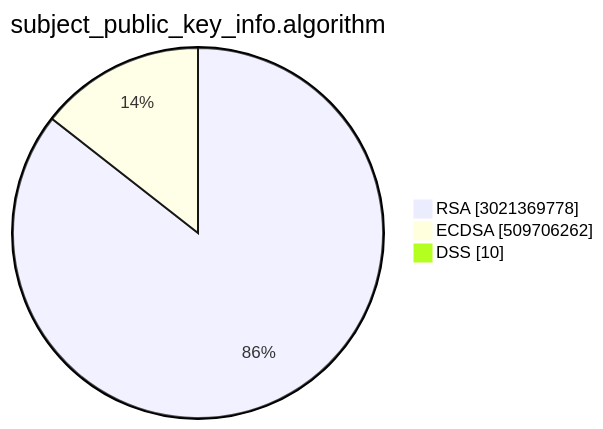
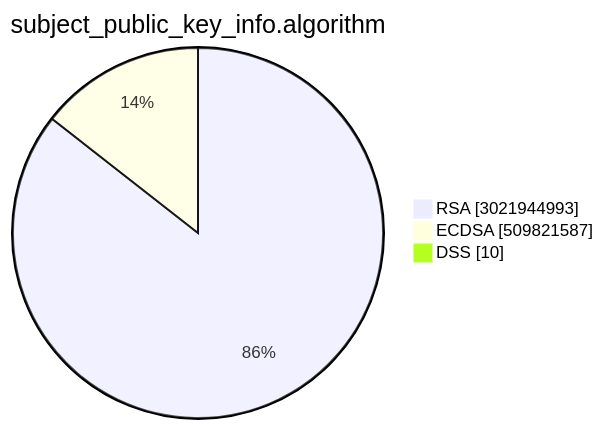
Before and after one commit to christiankrug/ctmonitor_visualization: the second of 15 diagrams in TOTAL/README.md, drawn with Mermaid. The commit also changed other lines of this file, not shown here.

````diff
--- a/TOTAL/README.md
+++ b/TOTAL/README.md
@@ -6,7 +6,7 @@
 ```mermaid
 pie showData
 title subject_public_key_info.algorithm
-"RSA" :3021369778
-"ECDSA" :509706262
+"RSA" :3021944993
+"ECDSA" :509821587
 "DSS" :10
 ```
````
